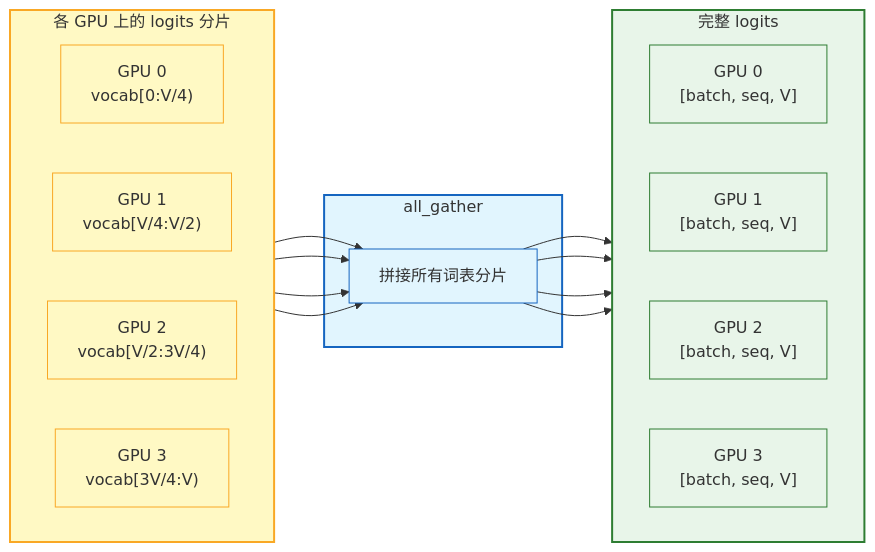
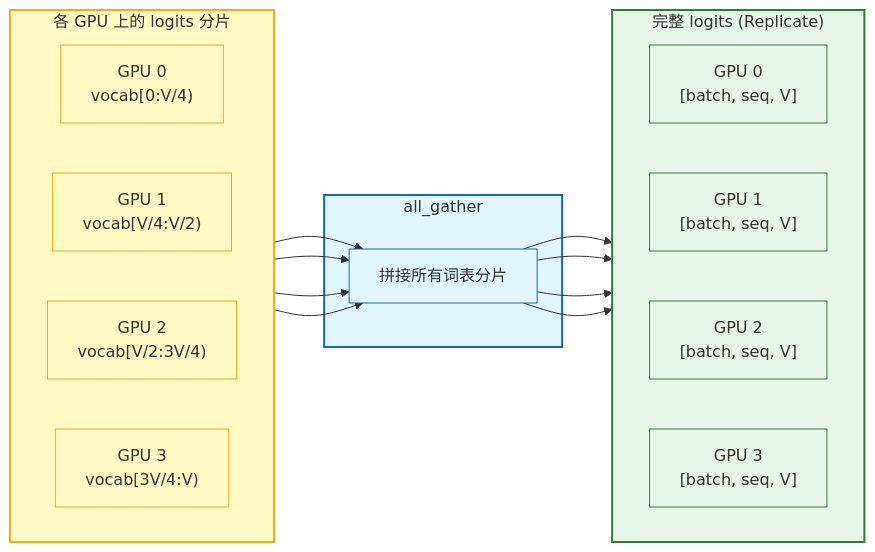
Before and after one commit to jianzhnie/ScaleTorch: diagram 13 of 18 in docs/fsdp2_tp_tutorial.md, drawn with Mermaid. The commit also changed other lines of this file, not shown here.

First line of the commit message:
docs: update fsdp2 tp tutorial with improved diagrams

````diff
--- a/docs/fsdp2_tp_tutorial.md
+++ b/docs/fsdp2_tp_tutorial.md
@@ -1051,41 +1021,38 @@
 ```mermaid
 flowchart LR
     subgraph GPUs["各 GPU 上的 logits 分片"]
         direction LR
         G0["GPU 0\nvocab[0:V/4)"]
         G1["GPU 1\nvocab[V/4:V/2)"]
         G2["GPU 2\nvocab[V/2:3V/4)"]
         G3["GPU 3\nvocab[3V/4:V)"]
     end
 
     subgraph Comm["all_gather"]
         A["拼接所有词表分片"]
     end
 
-    subgraph Out["完整 logits"]
+    subgraph Out["完整 logits (Replicate)"]
         direction LR
         Y0["GPU 0\n[batch, seq, V]"]
         Y1["GPU 1\n[batch, seq, V]"]
         Y2["GPU 2\n[batch, seq, V]"]
         Y3["GPU 3\n[batch, seq, V]"]
     end
 
     G0 & G1 & G2 & G3 --> A
-    A --> Y0
-    A --> Y1
-    A --> Y2
-    A --> Y3
+    A --> Y0 & Y1 & Y2 & Y3
 
     style GPUs fill:#fff9c4,stroke:#f9a825,stroke-width:2px
     style Comm fill:#e1f5fe,stroke:#1565c0,stroke-width:2px
     style Out fill:#e8f5e9,stroke:#2e7d32,stroke-width:2px
     style G0 fill:#fff9c4,stroke:#f9a825
     style G1 fill:#fff9c4,stroke:#f9a825
     style G2 fill:#fff9c4,stroke:#f9a825
     style G3 fill:#fff9c4,stroke:#f9a825
     style A fill:#e1f5fe,stroke:#1565c0
     style Y0 fill:#e8f5e9,stroke:#2e7d32
     style Y1 fill:#e8f5e9,stroke:#2e7d32
     style Y2 fill:#e8f5e9,stroke:#2e7d32
     style Y3 fill:#e8f5e9,stroke:#2e7d32
 ```
````
